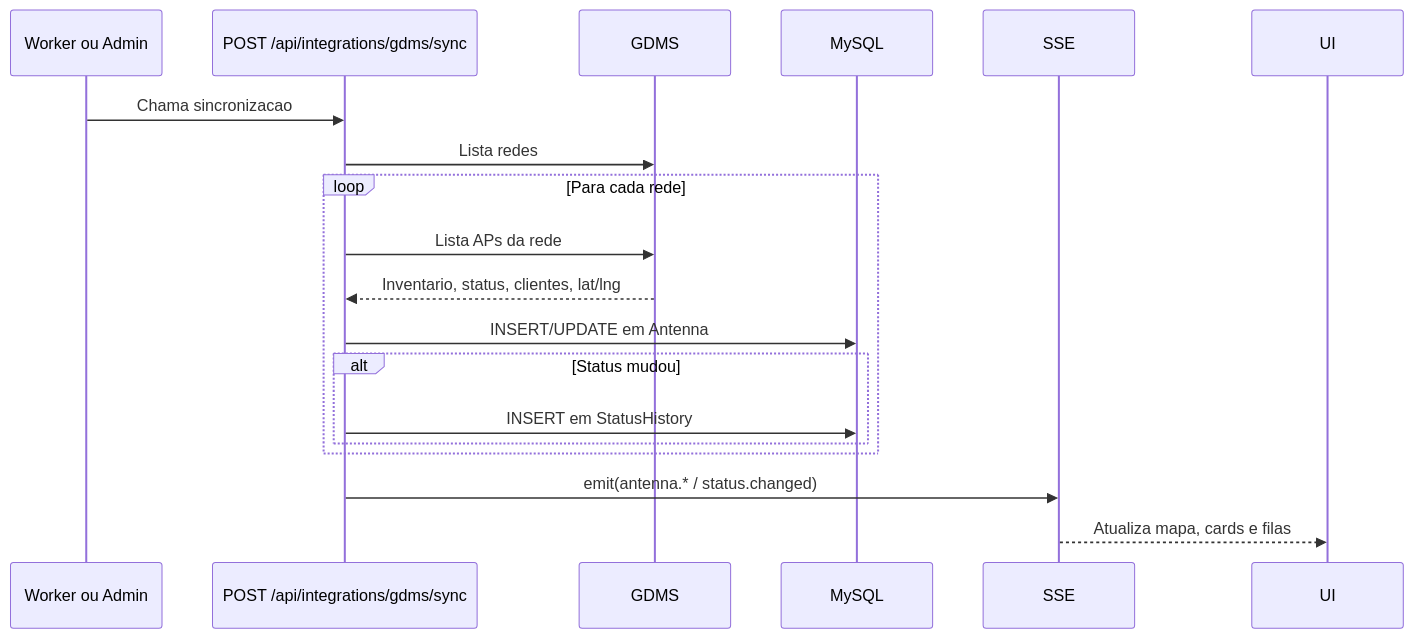
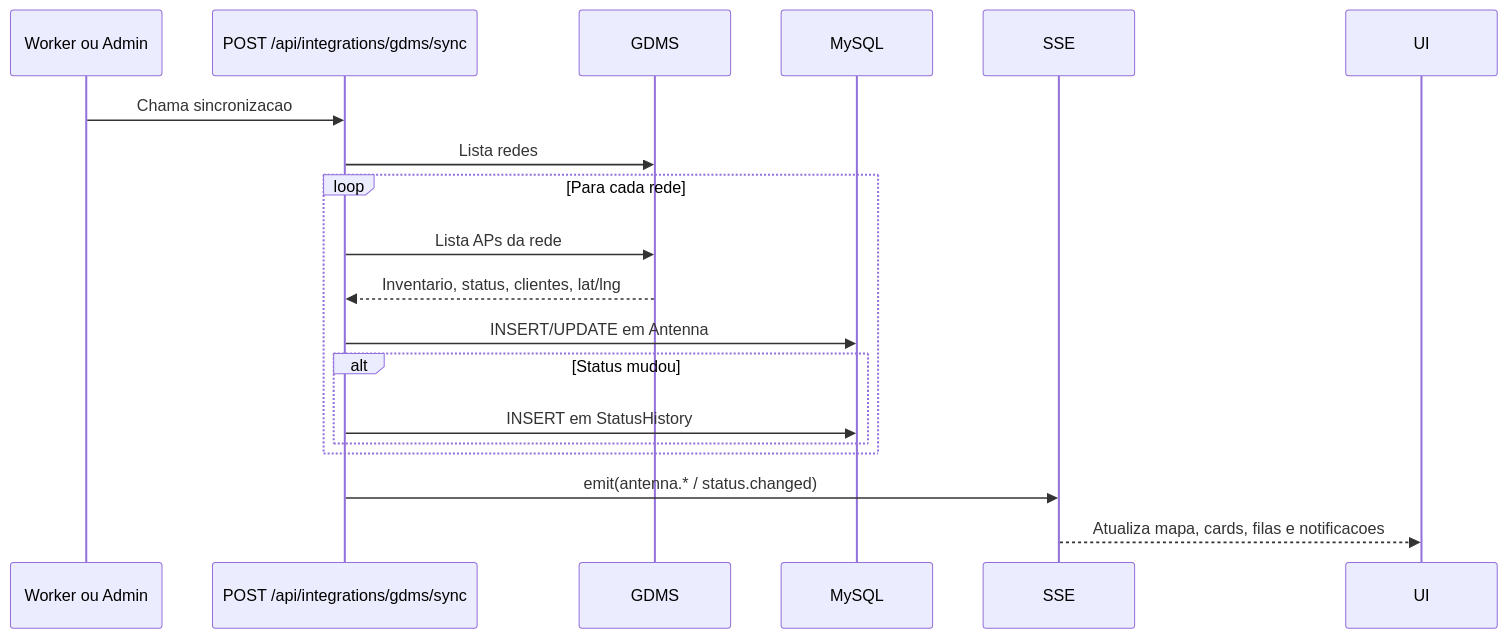
One commit to jefersonrocha-py/stats-a.p. changed the fifth of 6 diagrams in README.md. Above: the diagram before and after it, drawn with Mermaid. The commit also changed other lines of this file and 2 other files, not shown here.

````diff
--- a/README.md
+++ b/README.md
@@ -161,21 +256,21 @@
 ```mermaid
 sequenceDiagram
   participant T as Worker ou Admin
   participant S as POST /api/integrations/gdms/sync
   participant G as GDMS
   participant DB as MySQL
   participant E as SSE
 
   T->>S: Chama sincronizacao
   S->>G: Lista redes
   loop Para cada rede
     S->>G: Lista APs da rede
     G-->>S: Inventario, status, clientes, lat/lng
     S->>DB: INSERT/UPDATE em Antenna
     alt Status mudou
       S->>DB: INSERT em StatusHistory
     end
   end
   S->>E: emit(antenna.* / status.changed)
-  E-->>UI: Atualiza mapa, cards e filas
+  E-->>UI: Atualiza mapa, cards, filas e notificacoes
 ```
````
